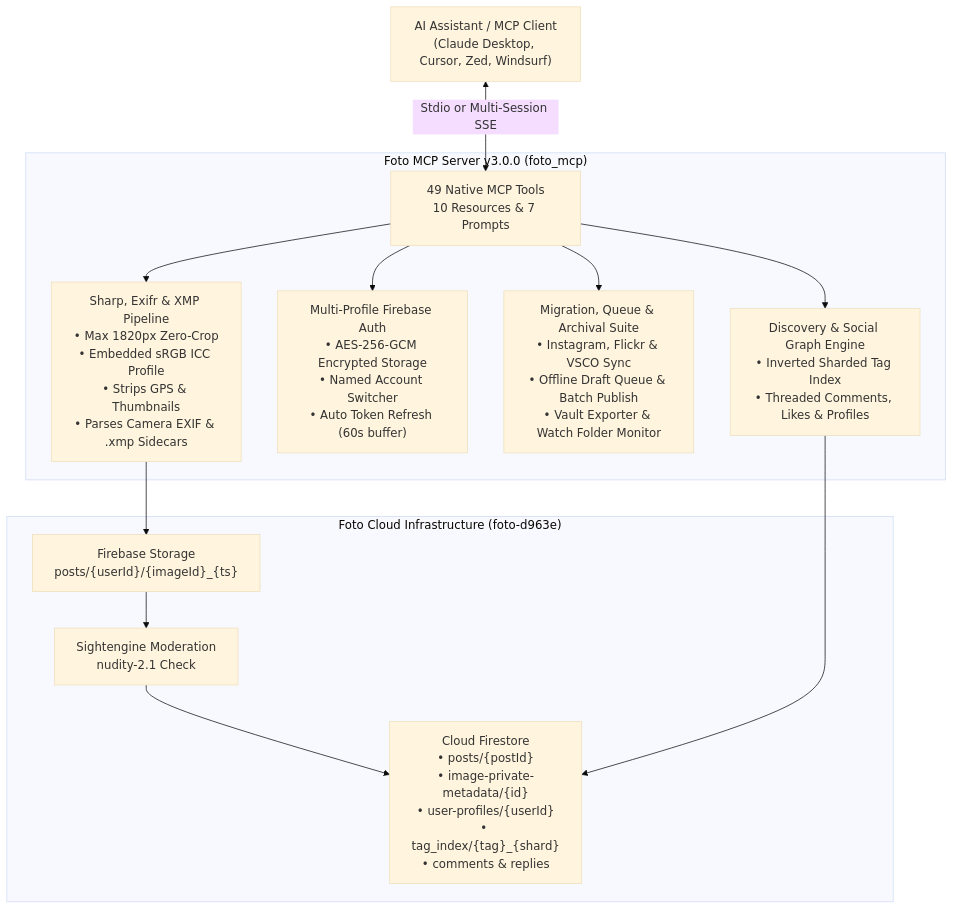
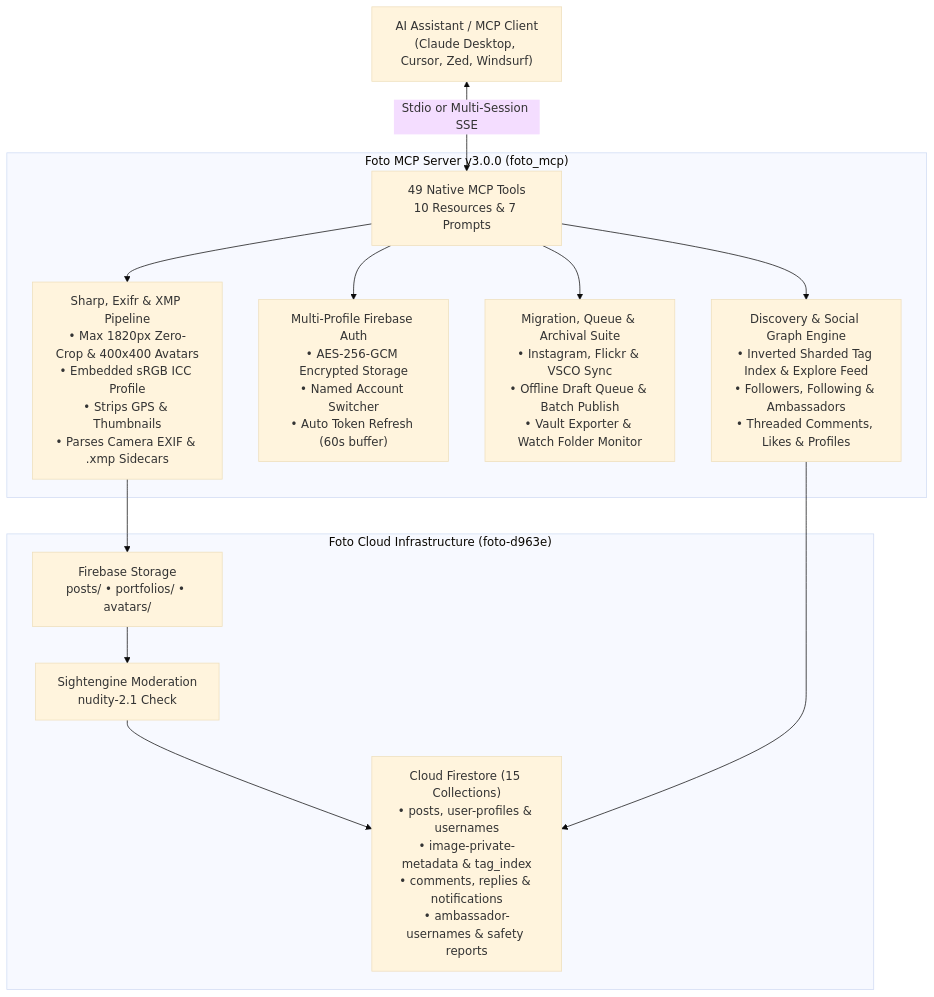
One commit to thesven/foto_mcp changed the diagram in README.md. Above: the diagram before and after it, drawn with Mermaid (base theme). The commit also changed other lines of this file, not shown here.

Commit message:
docs(readme): update README.md with complete v3.0.0 architecture, examples, Node >=20.9.0 requirement, and coverage metrics

````diff
--- a/README.md
+++ b/README.md
@@ -17,28 +17,28 @@
 ```mermaid
 flowchart TD
     Client["AI Assistant / MCP Client<br>(Claude Desktop, Cursor, Zed, Windsurf)"]
     
     subgraph Foto_MCP ["Foto MCP Server v3.0.0 (foto_mcp)"]
         Tools["49 Native MCP Tools<br>10 Resources & 7 Prompts"]
-        Proc["Sharp, Exifr & XMP Pipeline<br>• Max 1820px Zero-Crop<br>• Embedded sRGB ICC Profile<br>• Strips GPS & Thumbnails<br>• Parses Camera EXIF & .xmp Sidecars"]
+        Proc["Sharp, Exifr & XMP Pipeline<br>• Max 1820px Zero-Crop & 400x400 Avatars<br>• Embedded sRGB ICC Profile<br>• Strips GPS & Thumbnails<br>• Parses Camera EXIF & .xmp Sidecars"]
         Auth["Multi-Profile Firebase Auth<br>• AES-256-GCM Encrypted Storage<br>• Named Account Switcher<br>• Auto Token Refresh (60s buffer)"]
         Sync["Migration, Queue & Archival Suite<br>• Instagram, Flickr & VSCO Sync<br>• Offline Draft Queue & Batch Publish<br>• Vault Exporter & Watch Folder Monitor"]
-        Discovery["Discovery & Social Graph Engine<br>• Inverted Sharded Tag Index<br>• Threaded Comments, Likes & Profiles"]
+        Discovery["Discovery & Social Graph Engine<br>• Inverted Sharded Tag Index & Explore Feed<br>• Followers, Following & Ambassadors<br>• Threaded Comments, Likes & Profiles"]
     end
     
     subgraph Foto_Cloud ["Foto Cloud Infrastructure (foto-d963e)"]
-        Storage["Firebase Storage<br>posts/{userId}/{imageId}_{ts}"]
+        Storage["Firebase Storage<br>posts/ • portfolios/ • avatars/"]
         Sightengine["Sightengine Moderation<br>nudity-2.1 Check"]
-        Firestore["Cloud Firestore<br>• posts/{postId}<br>• image-private-metadata/{id}<br>• user-profiles/{userId}<br>• tag_index/{tag}_{shard}<br>• comments & replies"]
+        Firestore["Cloud Firestore (15 Collections)<br>• posts, user-profiles & usernames<br>• image-private-metadata & tag_index<br>• comments, replies & notifications<br>• ambassador-usernames & safety reports"]
     end
 
     Client <-->|"Stdio or Multi-Session SSE"| Tools
     Tools --> Proc
     Tools --> Auth
     Tools --> Sync
     Tools --> Discovery
     Proc --> Storage
     Storage --> Sightengine
     Sightengine --> Firestore
     Discovery --> Firestore
 ```
````
